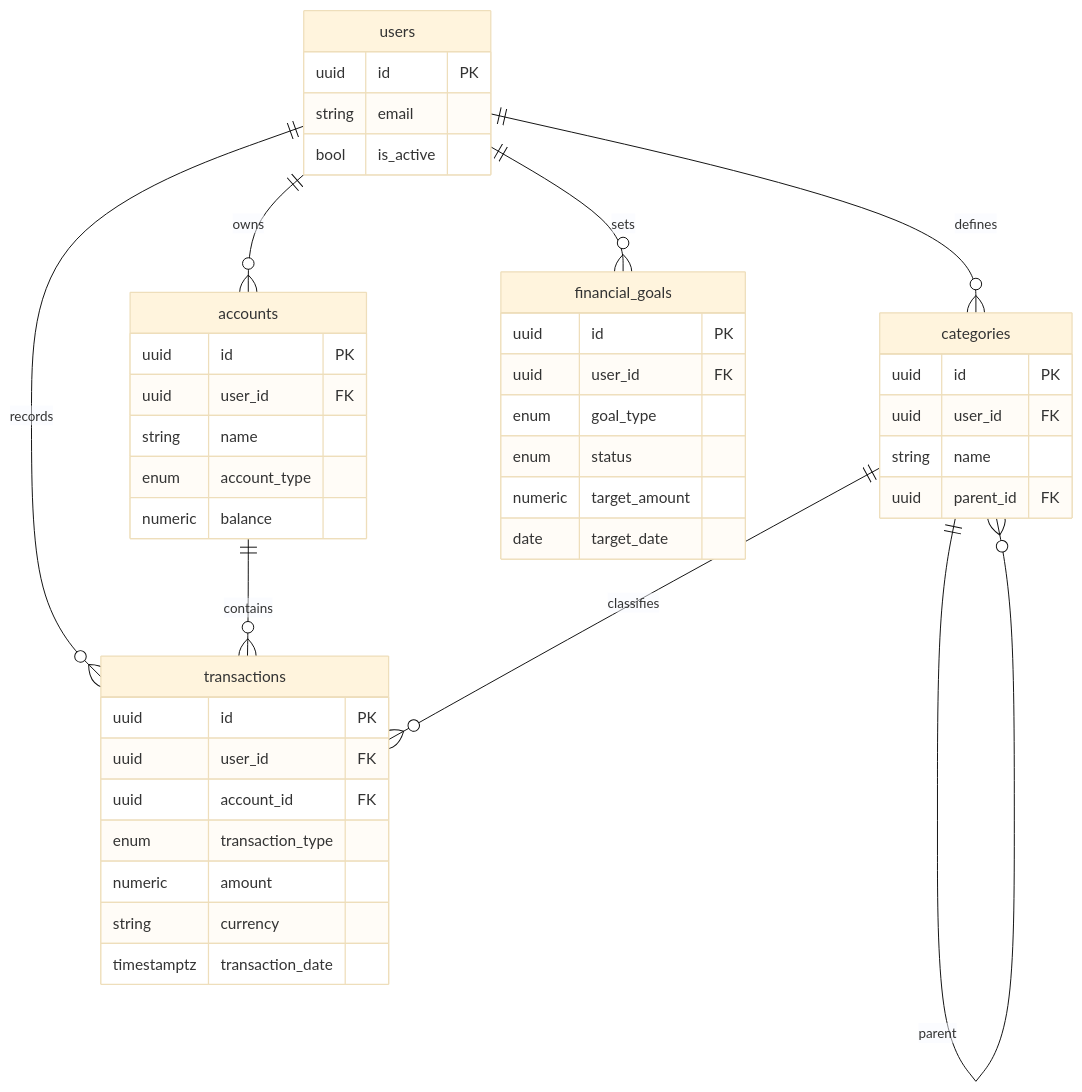
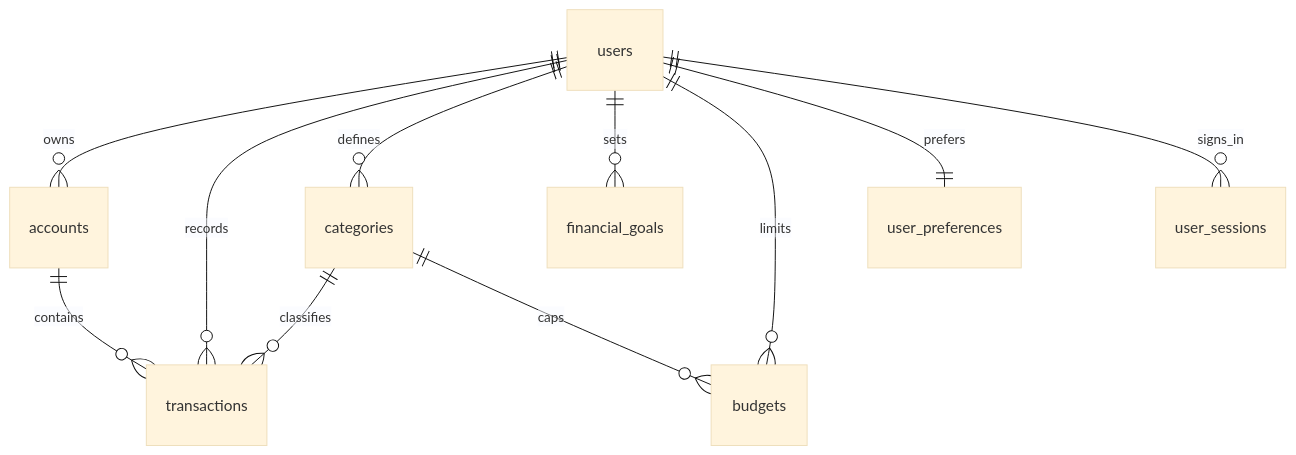
One commit to divydoesnotcode/ai-personal-CFO changed the diagram in README.md. Above: the diagram before and after it, drawn with Mermaid (base theme). The commit also changed other lines of this file and 3 other files, not shown here.

````diff
--- a/README.md
+++ b/README.md
@@ -65,46 +153,13 @@
 ```mermaid
 erDiagram
     users ||--o{ accounts : owns
     users ||--o{ transactions : records
     users ||--o{ categories : defines
     users ||--o{ financial_goals : sets
+    users ||--o{ budgets : limits
+    users ||--|| user_preferences : prefers
+    users ||--o{ user_sessions : signs_in
     accounts ||--o{ transactions : contains
     categories ||--o{ transactions : classifies
-    categories ||--o{ categories : parent
-
-    users {
-        uuid id PK
-        string email
-        bool is_active
-    }
-    accounts {
-        uuid id PK
-        uuid user_id FK
-        string name
-        enum account_type
-        numeric balance
-    }
-    transactions {
-        uuid id PK
-        uuid user_id FK
-        uuid account_id FK
-        enum transaction_type
-        numeric amount
-        string currency
-        timestamptz transaction_date
-    }
-    categories {
-        uuid id PK
-        uuid user_id FK
-        string name
-        uuid parent_id FK
-    }
-    financial_goals {
-        uuid id PK
-        uuid user_id FK
-        enum goal_type
-        enum status
-        numeric target_amount
-        date target_date
-    }
+    categories ||--o{ budgets : caps
 ```
````
